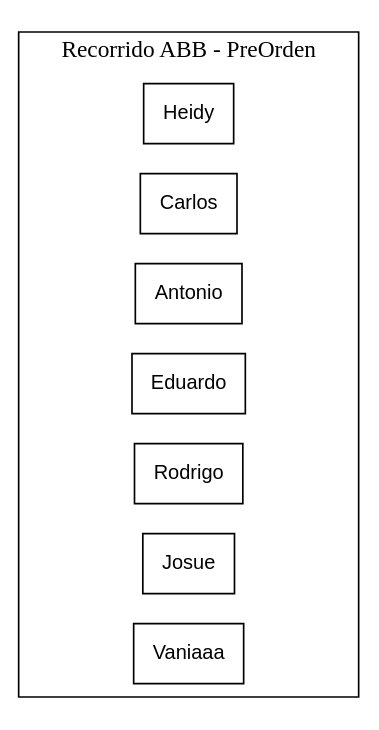
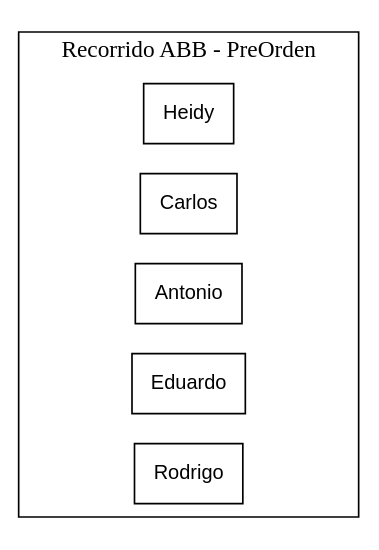
One commit to VaniaArgueta/EDD_1S2020_PY1_201213487 changed the diagram in EDD_1S2020_PY1_201213487/preorden.dot. Above: the diagram before and after it, drawn with Graphviz. The commit also changed 42 other files, not shown here.

```diff
--- a/EDD_1S2020_PY1_201213487/preorden.dot
+++ b/EDD_1S2020_PY1_201213487/preorden.dot
@@ -1,14 +1,12 @@
 digraph G{ rankdir = LR
 node [shape=box fontsize=12 fontname="Arial"];
 subgraph cluster1 {
 label="Recorrido ABB - PreOrden"; 
 node[label =" Heidy "]ABBHeidy;
 node[label =" Carlos "]ABBCarlos;
 node[label =" Antonio "]ABBAntonio;
 node[label =" Eduardo "]ABBEduardo;
 node[label =" Rodrigo "]ABBRodrigo;
-node[label =" Josue "]ABBJosue;
-node[label =" Vaniaaa "]ABBVaniaaa;
 
 }
 }
```
